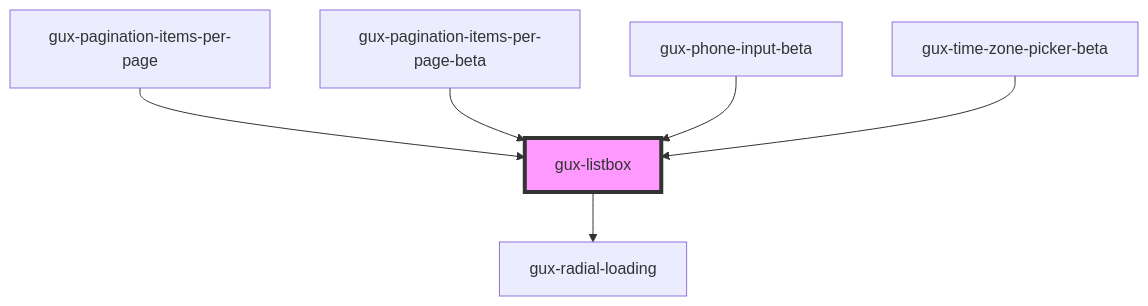
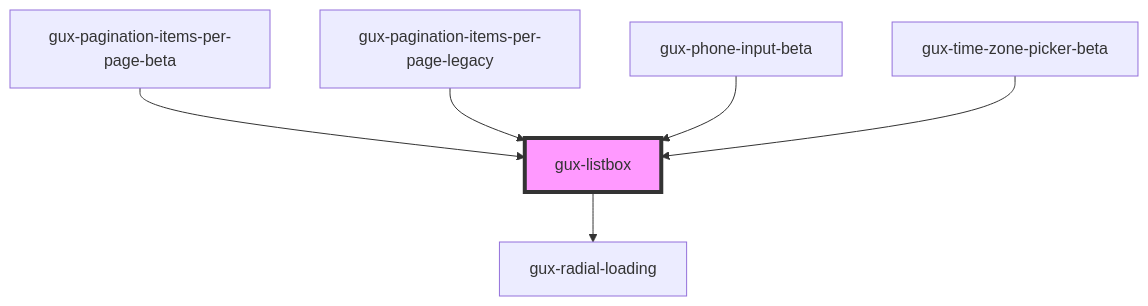
One commit to MyPureCloud/genesys-spark changed the diagram in packages/genesys-spark-components/src/components/stable/gux-listbox/readme.md. Above: the diagram before and after it, drawn with Mermaid. The commit also changed other lines of this file and 59 other files, not shown here.

First line of the commit message:
refactor(pagination): move from stable to legacy

````diff
--- a/packages/genesys-spark-components/src/components/stable/gux-listbox/readme.md
+++ b/packages/genesys-spark-components/src/components/stable/gux-listbox/readme.md
@@ -63,9 +63,9 @@
 ```mermaid
 graph TD;
   gux-listbox --> gux-radial-loading
-  gux-pagination-items-per-page --> gux-listbox
   gux-pagination-items-per-page-beta --> gux-listbox
+  gux-pagination-items-per-page-legacy --> gux-listbox
   gux-phone-input-beta --> gux-listbox
   gux-time-zone-picker-beta --> gux-listbox
   style gux-listbox fill:#f9f,stroke:#333,stroke-width:4px
 ```
````
